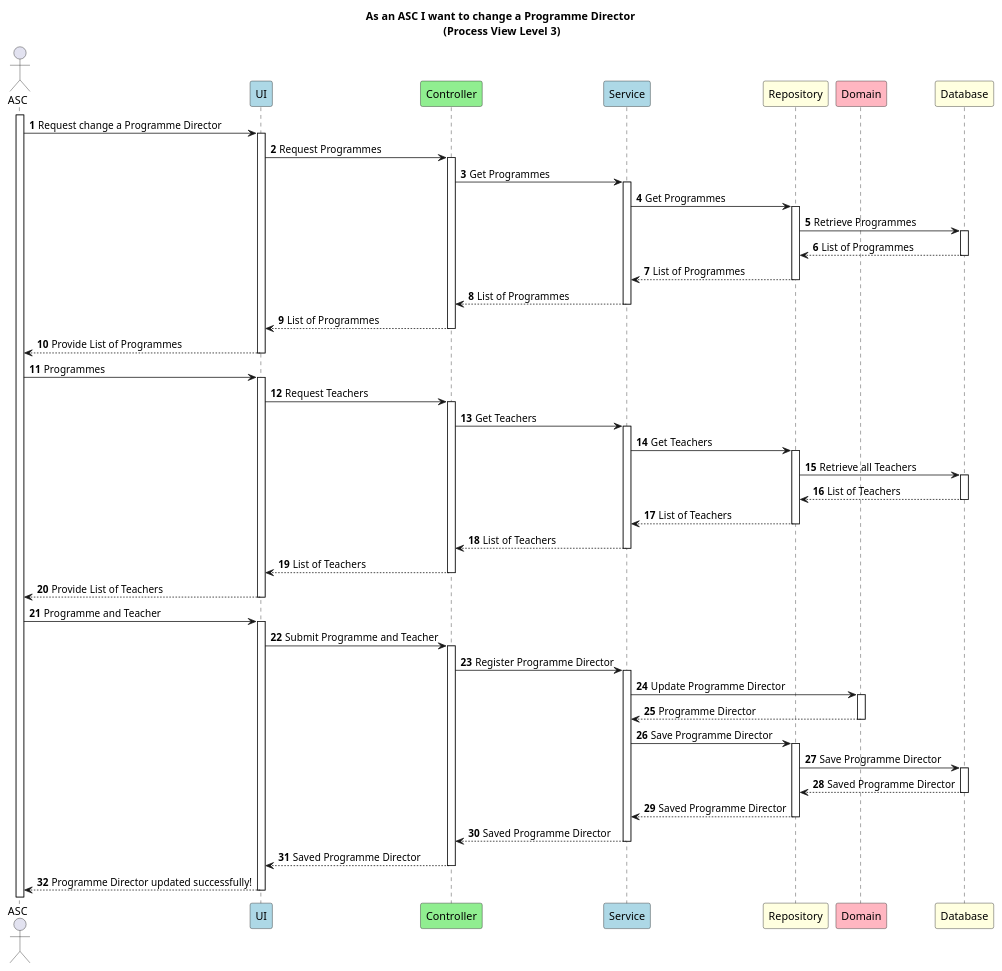
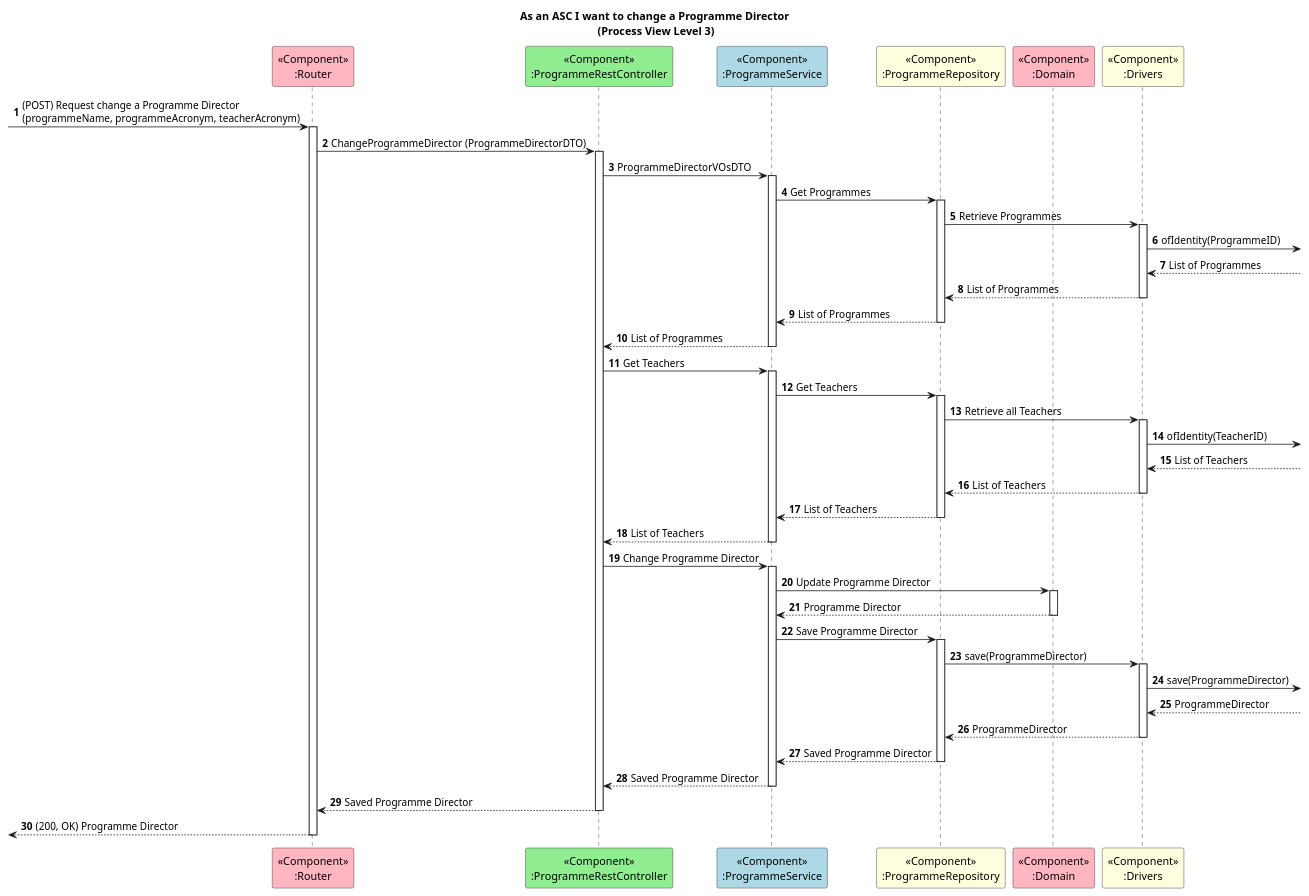
Before and after one commit to GasparISEP/DevOps-PAI: the diagram in docs/US12/Sprint6/ProcessView/Level3.puml, drawn with PlantUML. The commit also changed 11 other files, not shown here.

Commit message:
Alteration of  diagrams, Refs #505, #573

```diff
--- a/docs/US12/Sprint6/ProcessView/Level3.puml
+++ b/docs/US12/Sprint6/ProcessView/Level3.puml
@@ -1,57 +1,56 @@
 @startuml
 
 autonumber
 
 title As an ASC I want to change a Programme Director\n (Process View Level 3)
 
-actor ASC as Admin
-participant "UI" as UI #lightblue
-participant "Controller" as C #lightgreen
-participant "Service" as S #lightblue
-participant "Repository" as R #lightyellow
-participant "Domain" as D #lightpink
-participant "Database" as BD #lightyellow
 
-activate Admin
-Admin -> UI ++: Request change a Programme Director
+participant "<<Component>>\n:Router" as RT #lightpink
+participant "<<Component>>\n:ProgrammeRestController" as C #lightgreen
+participant "<<Component>>\n:ProgrammeService" as S #lightblue
+participant "<<Component>>\n:ProgrammeRepository" as R #lightyellow
+participant "<<Component>>\n:Domain"  as D #lightpink
+participant "<<Component>>\n:Drivers" as Drivers #lightyellow
 
-UI -> C ++: Request Programmes
-C -> S ++: Get Programmes
+
+
+
+-> RT ++: (POST) Request change a Programme Director \n(programmeName, programmeAcronym, teacherAcronym)
+
+RT -> C ++: ChangeProgrammeDirector (ProgrammeDirectorDTO)
+C -> S ++: ProgrammeDirectorVOsDTO
 S -> R ++: Get Programmes
-R -> BD ++: Retrieve Programmes
-BD --> R --: List of Programmes
+R -> Drivers ++: Retrieve Programmes
+Drivers -> : ofIdentity(ProgrammeID)
+Drivers <-- : List of Programmes
+Drivers --> R --: List of Programmes
 R --> S --: List of Programmes
 S --> C --: List of Programmes
-C --> UI --: List of Programmes
-UI --> Admin --: Provide List of Programmes
 
-Admin -> UI ++: Programmes
-
-UI -> C ++: Request Teachers
 C -> S ++: Get Teachers
 S -> R ++: Get Teachers
-R -> BD ++: Retrieve all Teachers
-BD --> R --: List of Teachers
+R -> Drivers ++: Retrieve all Teachers
+Drivers -> : ofIdentity(TeacherID)
+Drivers <-- : List of Teachers
+Drivers --> R --: List of Teachers
 R --> S --: List of Teachers
 S --> C --: List of Teachers
-C --> UI --: List of Teachers
-UI --> Admin --: Provide List of Teachers
 
-Admin -> UI ++: Programme and Teacher
-
-UI -> C ++: Submit Programme and Teacher
-C -> S ++: Register Programme Director
+C -> S ++: Change Programme Director
 
 S -> D ++: Update Programme Director
 D --> S --: Programme Director
 
 S -> R ++: Save Programme Director
-R -> BD ++: Save Programme Director
-BD --> R --: Saved Programme Director
+R -> Drivers ++: save(ProgrammeDirector)
+Drivers -> : save(ProgrammeDirector)
+Drivers <-- : ProgrammeDirector
+Drivers --> R --: ProgrammeDirector
 R --> S --: Saved Programme Director
 
 S --> C --: Saved Programme Director
-C --> UI --: Saved Programme Director
-UI --> Admin --: Programme Director updated successfully!
+C --> RT --: Saved Programme Director
+<-- RT --: (200, OK) Programme Director
+
 
 @enduml
```
